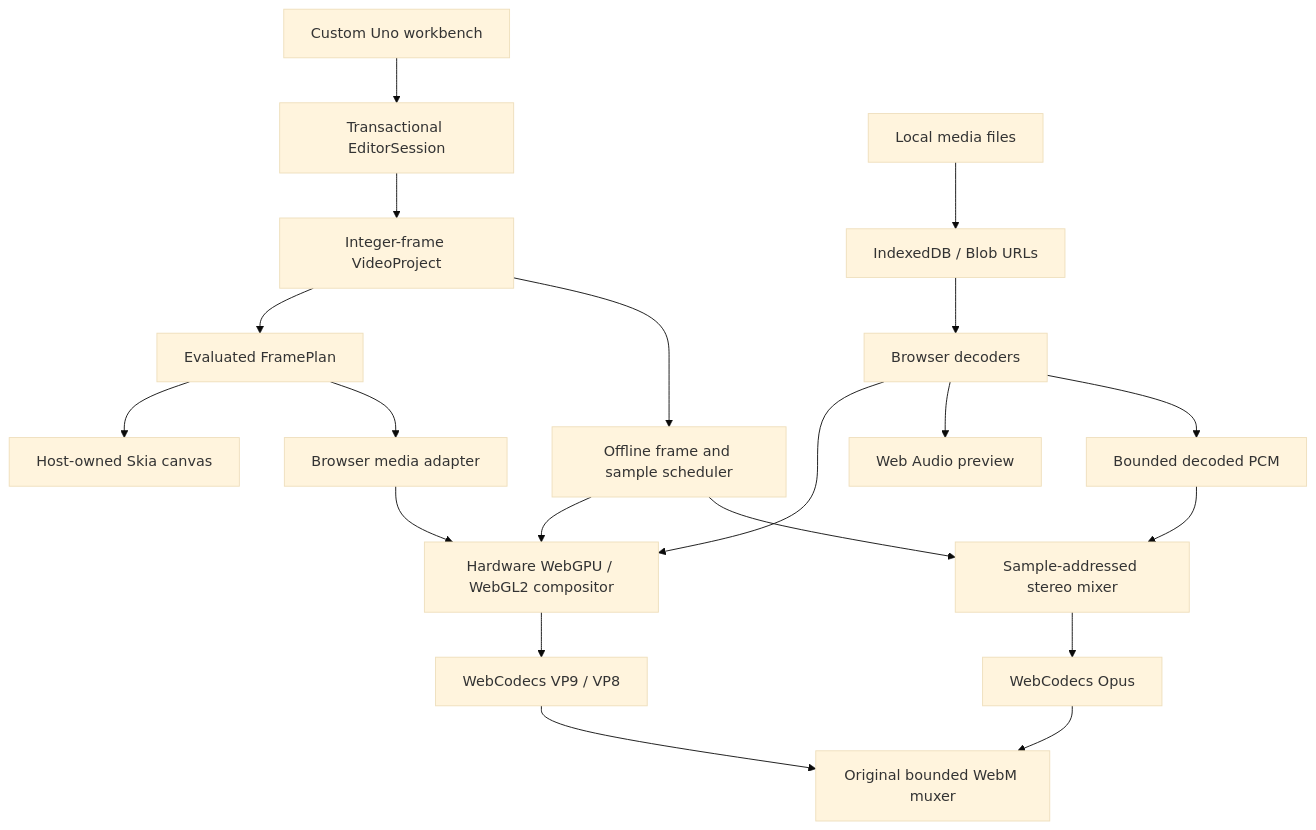
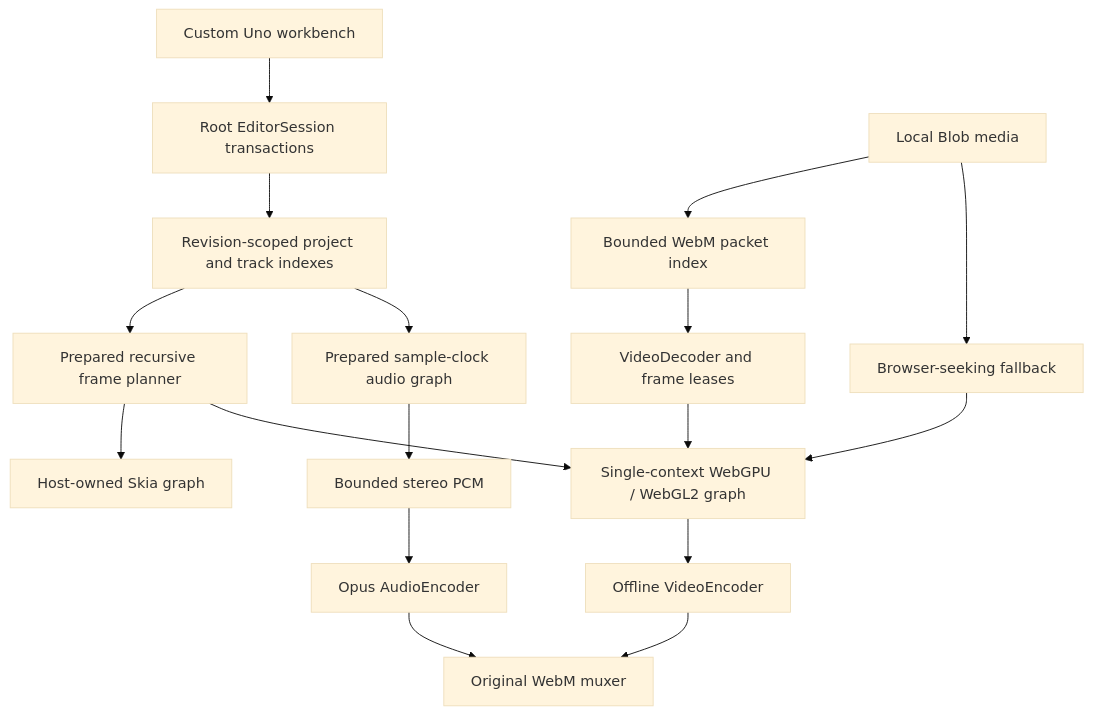
One commit to wieslawsoltes/VideoSpace changed the diagram in docs/architecture.md. Above: the diagram before and after it, drawn with Mermaid (base theme). The commit also changed other lines of this file and 11 other files, not shown here.

Commit message:
release: document 0.3 capabilities and validate indexed exports and range-scoped audio

````diff
--- a/docs/architecture.md
+++ b/docs/architecture.md
@@ -3,22 +3,19 @@
 ```mermaid
 flowchart TD
-  UI[Custom Uno workbench] --> Session[Transactional EditorSession]
-  Session --> Model[Integer-frame VideoProject]
-  Model --> Plan[Evaluated FramePlan]
-  Plan --> Native[Host-owned Skia canvas]
-  Plan --> Browser[Browser media adapter]
-  Files[Local media files] --> Store[IndexedDB / Blob URLs]
-  Store --> Decode[Browser decoders]
-  Decode --> GPU[Hardware WebGPU / WebGL2 compositor]
+  UI[Custom Uno workbench] --> Session[Root EditorSession transactions]
+  Session --> Index[Revision-scoped project and track indexes]
+  Index --> Plan[Prepared recursive frame planner]
+  Index --> Mix[Prepared sample-clock audio graph]
+  Plan --> Native[Host-owned Skia graph]
+  Plan --> GPU[Single-context WebGPU / WebGL2 graph]
+  Files[Local Blob media] --> Packet[Bounded WebM packet index]
+  Packet --> Decoder[VideoDecoder and frame leases]
+  Files --> Browser[Browser-seeking fallback]
+  Decoder --> GPU
   Browser --> GPU
-  Decode --> LiveAudio[Web Audio preview]
-  Model --> Offline[Offline frame and sample scheduler]
-  Offline --> GPU
-  GPU --> VideoEncoder[WebCodecs VP9 / VP8]
-  Decode --> PCM[Bounded decoded PCM]
-  PCM --> Mix[Sample-addressed stereo mixer]
-  Offline --> Mix
-  Mix --> Opus[WebCodecs Opus]
-  VideoEncoder --> WebM[Original bounded WebM muxer]
-  Opus --> WebM
+  Mix --> PCM[Bounded stereo PCM]
+  GPU --> Encoder[Offline VideoEncoder]
+  PCM --> AudioEncoder[Opus AudioEncoder]
+  Encoder --> Mux[Original WebM muxer]
+  AudioEncoder --> Mux
 ```
````
